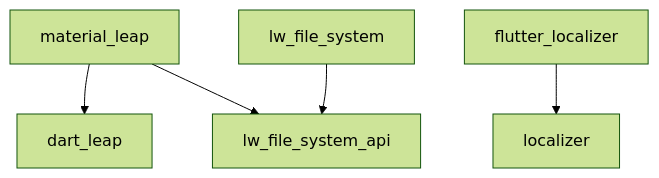
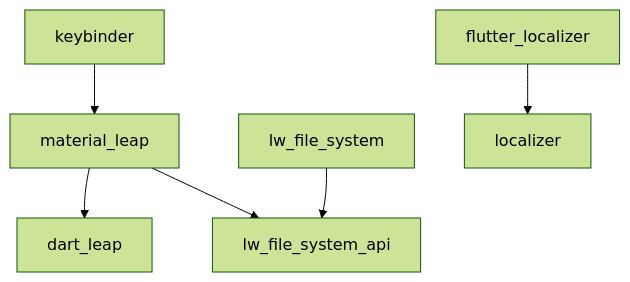
Before and after one commit to LinwoodDev/dart_pkgs: the diagram in README.md, drawn with Mermaid (forest theme). The commit also changed 4 other files, not shown here.

````diff
--- a/README.md
+++ b/README.md
@@ -25,10 +25,11 @@
 ```mermaid
 graph TD
   dart_leap[dart_leap]
   lw_file_system_api[lw_file_system_api]
   material_leap --> dart_leap
   material_leap --> lw_file_system_api
   lw_file_system --> lw_file_system_api
   localizer[localizer]
   flutter_localizer --> localizer
+  keybinder[keybinder] --> material_leap
 ```
````
